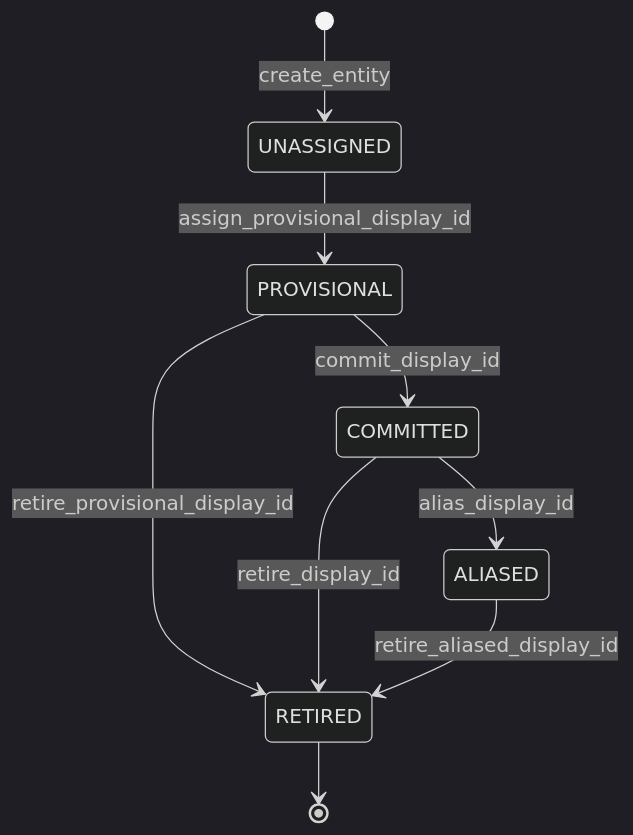
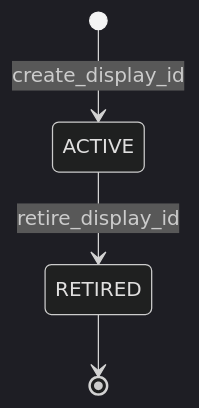
The first of 3 diagrams in docs/plugin-redesign-release-flow/01-arquitectura-objetivo.md (cmartinezs/claude-planning-with-ai), drawn with Mermaid (dark theme) before and after one commit. The commit also changed other lines of this file and 41 other files, not shown here.

````diff
--- a/docs/plugin-redesign-release-flow/01-arquitectura-objetivo.md
+++ b/docs/plugin-redesign-release-flow/01-arquitectura-objetivo.md
@@ -363,11 +359,6 @@
 ```mermaid
 stateDiagram-v2
-    [*] --> UNASSIGNED : create_entity
-    UNASSIGNED --> PROVISIONAL : assign_provisional_display_id
-    PROVISIONAL --> COMMITTED : commit_display_id
-    PROVISIONAL --> RETIRED : retire_provisional_display_id
-    COMMITTED --> ALIASED : alias_display_id
-    COMMITTED --> RETIRED : retire_display_id
-    ALIASED --> RETIRED : retire_aliased_display_id
+    [*] --> ACTIVE : create_display_id
+    ACTIVE --> RETIRED : retire_display_id
     RETIRED --> [*]
 ```
````
